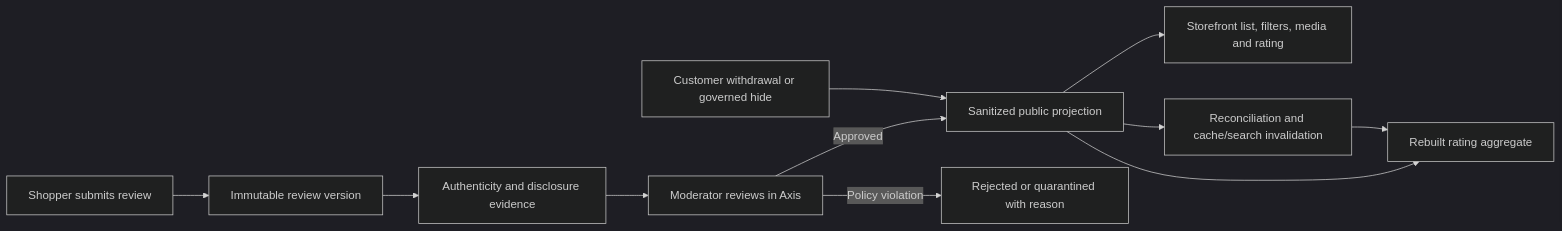
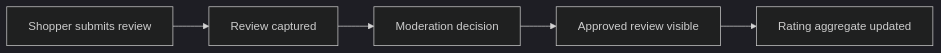
One commit to Nodics/nodics.ai changed the diagram in nodics.docs/docs/pages/nodics.engagement/customer-reviews.md. Above: the diagram before and after it, drawn with Mermaid (dark theme). The commit also changed other lines of this file and 92 other files, not shown here.

````diff
--- a/nodics.docs/docs/pages/nodics.engagement/customer-reviews.md
+++ b/nodics.docs/docs/pages/nodics.engagement/customer-reviews.md
@@ -29,13 +10,7 @@
 ```mermaid
 flowchart LR
-  Shopper["Shopper submits review"] --> Version["Immutable review version"]
-  Version --> Evidence["Authenticity and disclosure evidence"]
-  Evidence --> Queue["Moderator reviews in Axis"]
-  Queue -->|Approved| Projection["Sanitized public projection"]
-  Queue -->|Policy violation| Restricted["Rejected or quarantined with reason"]
-  Projection --> Aggregate["Rebuilt rating aggregate"]
-  Projection --> Storefront["Storefront list, filters, media and rating"]
-  Withdrawal["Customer withdrawal or governed hide"] --> Projection
-  Projection --> Repair["Reconciliation and cache/search invalidation"]
-  Repair --> Aggregate
+  Shopper["Shopper submits review"] --> Staged["Review captured"]
+  Staged --> Moderate["Moderation decision"]
+  Moderate --> Publish["Approved review visible"]
+  Publish --> Aggregate["Rating aggregate updated"]
 ```
````
